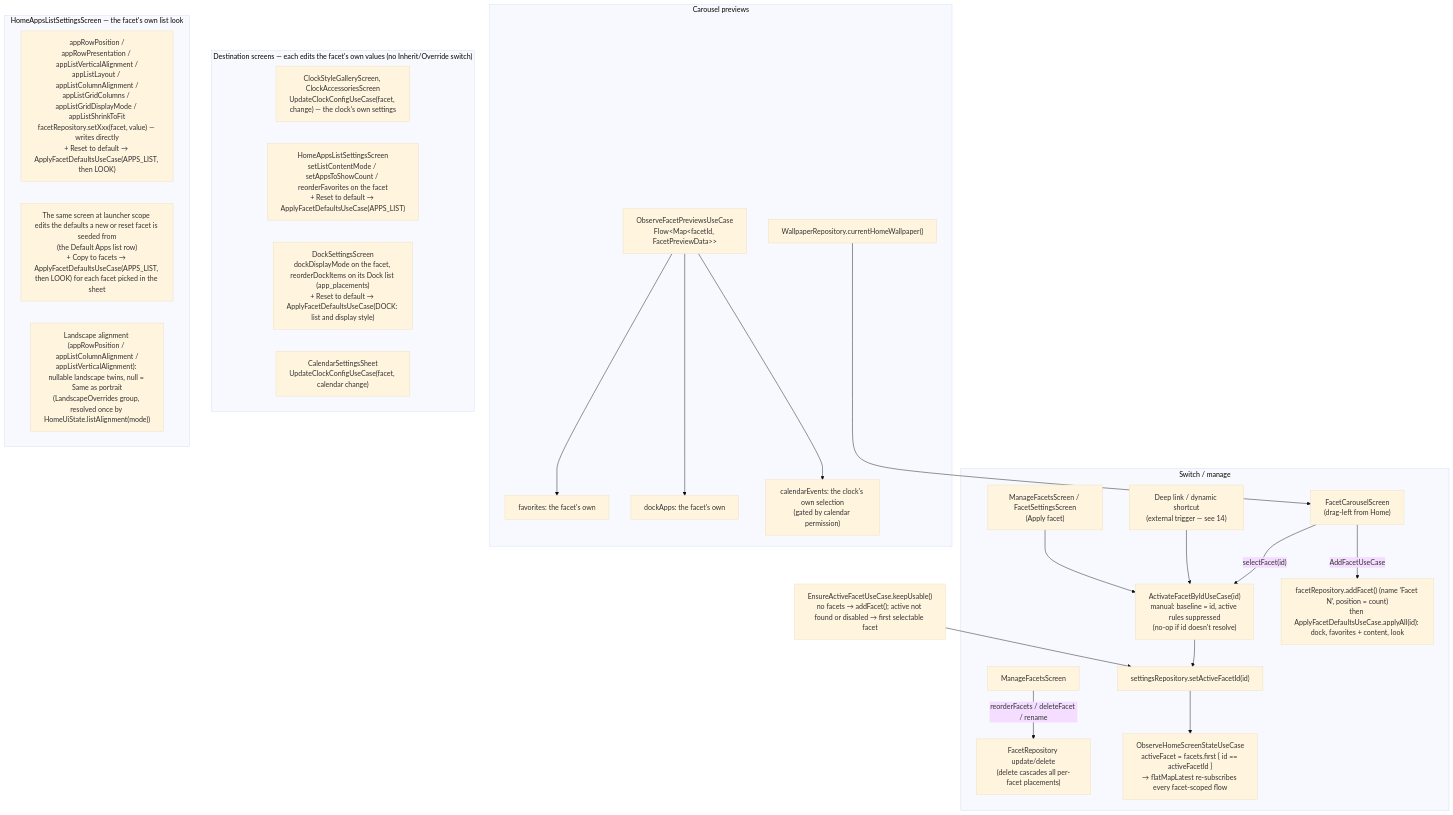
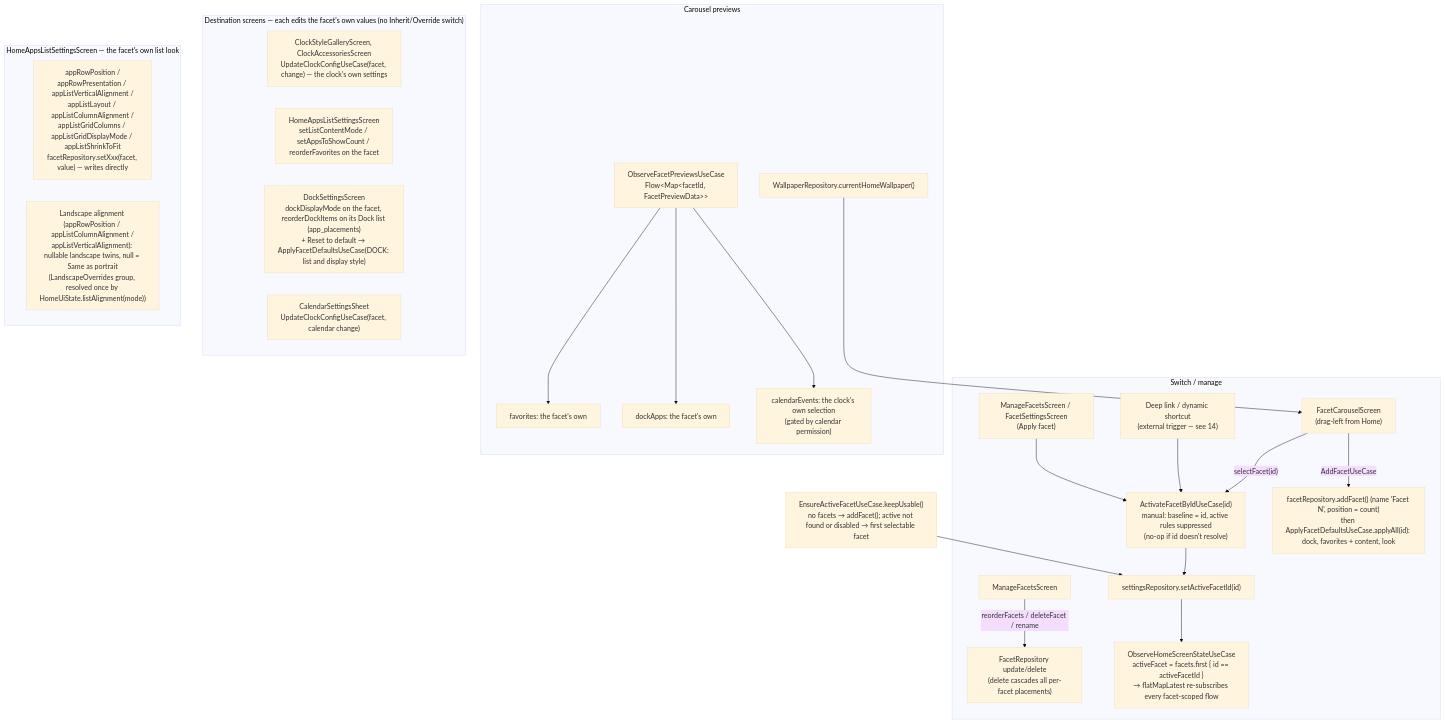
One commit to rohitganjam/facet-launcher changed the first of 5 diagrams in docs/architecture/13-flow-facets-theme-notifications-onboarding.md. Above: the diagram before and after it, drawn with Mermaid (base theme). The commit also changed other lines of this file and 26 other files, not shown here.

First line of the commit message:
Remove the launcher-wide Apps list page; Allow landscape moves to Settings

````diff
--- a/docs/architecture/13-flow-facets-theme-notifications-onboarding.md
+++ b/docs/architecture/13-flow-facets-theme-notifications-onboarding.md
@@ -14,31 +12,30 @@
 ```mermaid
 flowchart TB
     subgraph SWITCH["Switch / manage"]
         CAR["FacetCarouselScreen\n(drag-left from Home)"] -- "selectFacet(id)" --> UC["ActivateFacetByIdUseCase(id)\nmanual: baseline = id, active rules suppressed\n(no-op if id doesn't resolve)"]
         EXT["Deep link / dynamic shortcut\n(external trigger — see 14)"] --> UC
         MANA["ManageFacetsScreen / FacetSettingsScreen\n(Apply facet)"] --> UC
         UC --> S1["settingsRepository.setActiveFacetId(id)"]
         CAR -- "AddFacetUseCase" --> S2["facetRepository.addFacet() (name 'Facet N', position = count)\nthen ApplyFacetDefaultsUseCase.applyAll(id): dock, favorites + content, look"]
         MAN["ManageFacetsScreen"] -- "reorderFacets / deleteFacet / rename" --> S3["FacetRepository update/delete\n(delete cascades all per-facet placements)"]
         S1 --> HOME["ObserveHomeScreenStateUseCase\nactiveFacet = facets.first { id == activeFacetId }\n→ flatMapLatest re-subscribes every facet-scoped flow"]
     end
     subgraph PREVIEW["Carousel previews"]
         OFP["ObserveFacetPreviewsUseCase\nFlow&lt;Map&lt;facetId, FacetPreviewData&gt;&gt;"]
         OFP --> P1["favorites: the facet's own"]
         OFP --> P2["dockApps: the facet's own"]
         OFP --> P3["calendarEvents: the clock's own selection\n(gated by calendar permission)"]
         WP["WallpaperRepository.currentHomeWallpaper()"] --> CAR
     end
     subgraph OWN["Destination screens — each edits the facet's own values (no Inherit/Override switch)"]
         C1["ClockStyleGalleryScreen, ClockAccessoriesScreen\nUpdateClockConfigUseCase(facet, change) — the clock's own settings"]
-        C2["HomeAppsListSettingsScreen\nsetListContentMode / setAppsToShowCount / reorderFavorites on the facet\n+ Reset to default → ApplyFacetDefaultsUseCase(APPS_LIST)"]
+        C2["HomeAppsListSettingsScreen\nsetListContentMode / setAppsToShowCount / reorderFavorites on the facet"]
         C3["DockSettingsScreen\ndockDisplayMode on the facet, reorderDockItems on its Dock list (app_placements)\n+ Reset to default → ApplyFacetDefaultsUseCase(DOCK: list and display style)"]
         C4["CalendarSettingsSheet\nUpdateClockConfigUseCase(facet, calendar change)"]
     end
     subgraph LOOK["HomeAppsListSettingsScreen — the facet's own list look"]
-        A1["appRowPosition /\nappRowPresentation / appListVerticalAlignment /\nappListLayout / appListColumnAlignment /\nappListGridColumns / appListGridDisplayMode / appListShrinkToFit\nfacetRepository.setXxx(facet, value) — writes directly\n+ Reset to default → ApplyFacetDefaultsUseCase(APPS_LIST, then LOOK)"]
-        A2["The same screen at launcher scope edits the defaults a new or reset facet is seeded from\n(the Default Apps list row)\n+ Copy to facets → ApplyFacetDefaultsUseCase(APPS_LIST, then LOOK) for each facet picked in the sheet"]
+        A1["appRowPosition /\nappRowPresentation / appListVerticalAlignment /\nappListLayout / appListColumnAlignment /\nappListGridColumns / appListGridDisplayMode / appListShrinkToFit\nfacetRepository.setXxx(facet, value) — writes directly"]
         A3["Landscape alignment (appRowPosition / appListColumnAlignment /\nappListVerticalAlignment): nullable landscape twins, null = Same as portrait\n(LandscapeOverrides group, resolved once by HomeUiState.listAlignment(mode))"]
     end
     EAF["EnsureActiveFacetUseCase.keepUsable()\nno facets → addFacet(); active not found or disabled → first selectable facet"] --> S1
 ```
````
